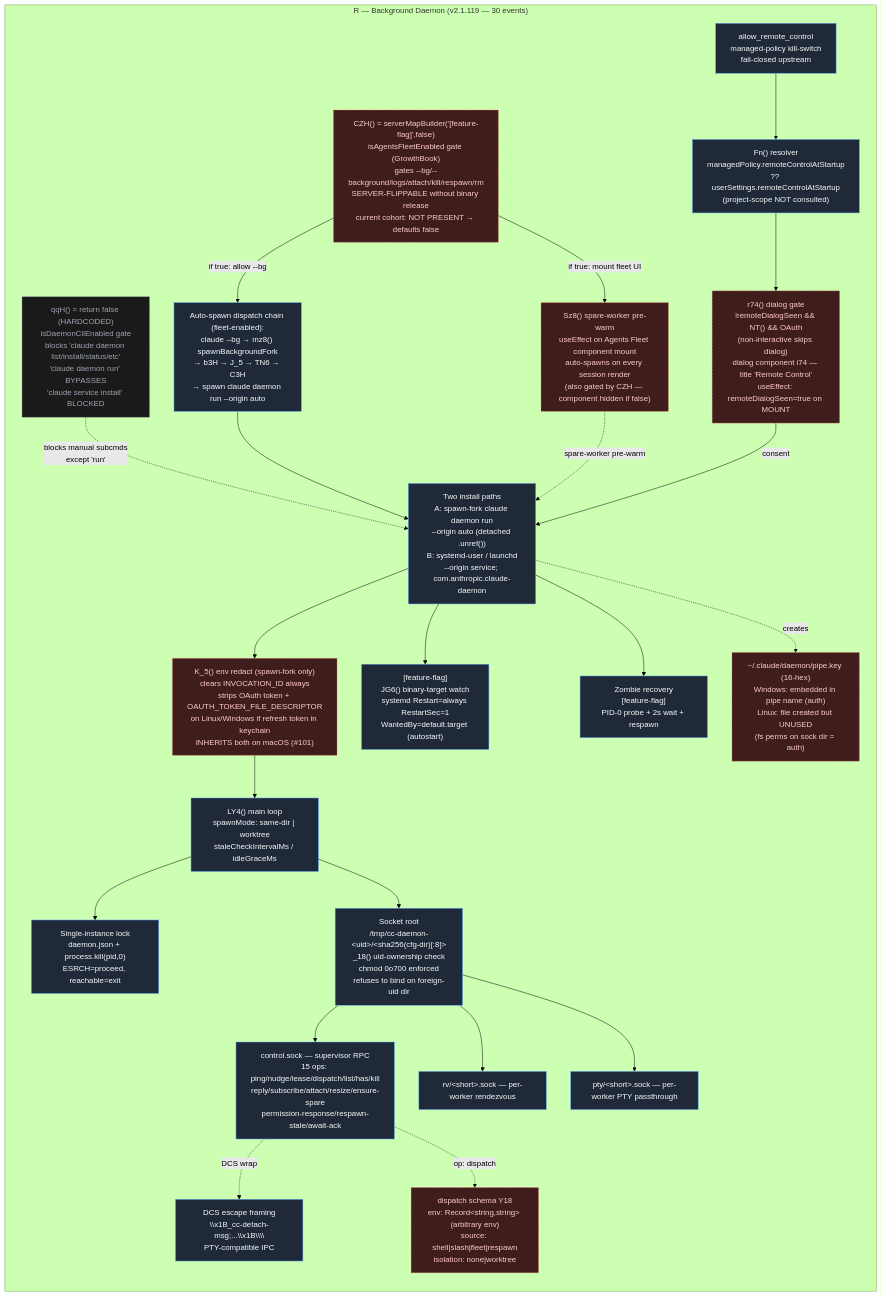
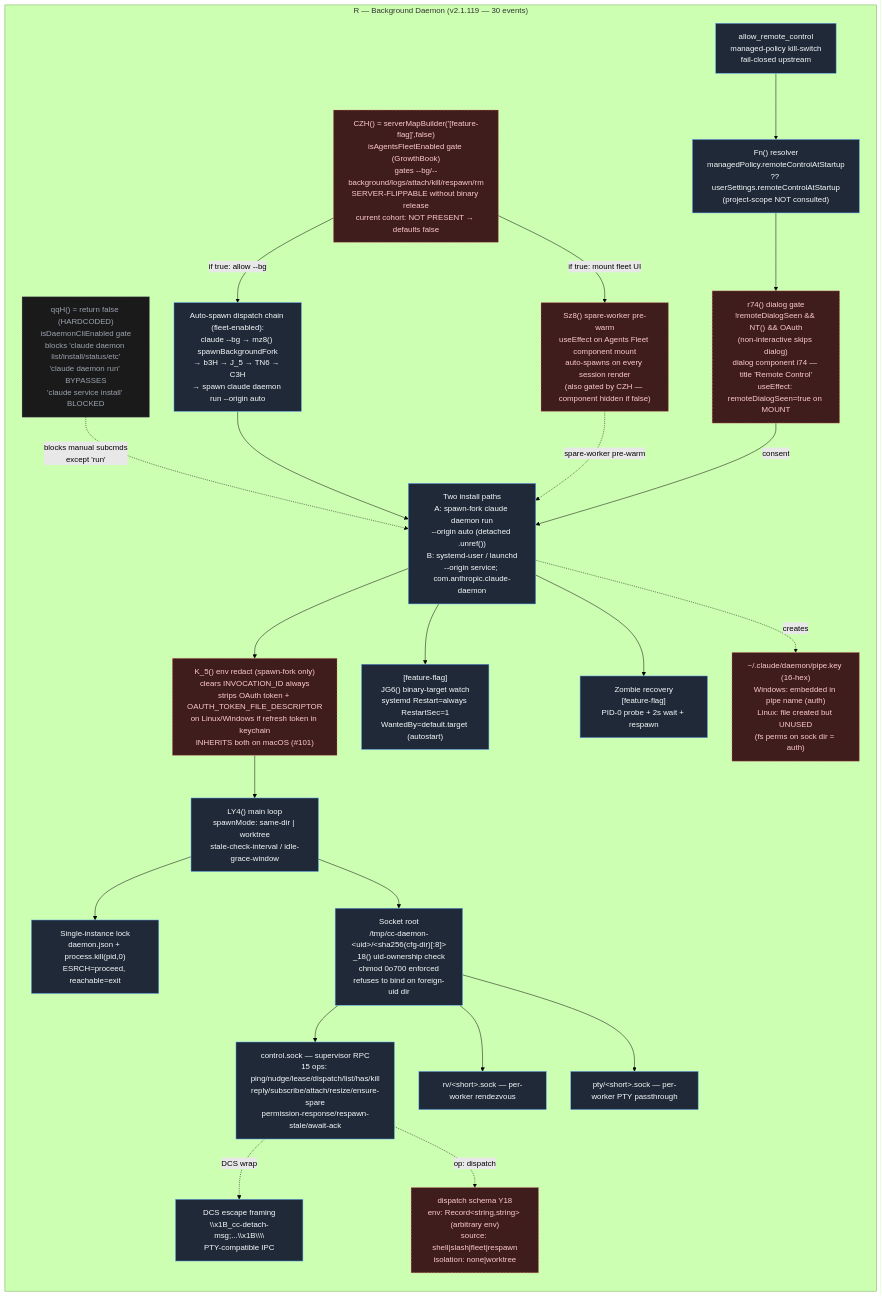
One commit to pjt222/claude-buddy-investigation changed the diagram in docs/flow/DAEMON.mmd. Above: the diagram before and after it, drawn with Mermaid (forest theme). The commit also changed 15 other files, not shown here.

```diff
--- a/docs/flow/DAEMON.mmd
+++ b/docs/flow/DAEMON.mmd
@@ -1,53 +1,53 @@
 flowchart LR
     %% DAEMON — R — Background Daemon (v2.1.119 — 30 events)
     subgraph DAEMON["R — Background Daemon (v2.1.119 — 30 events)"]
         direction TB
         daemon_qqh["qqH() = return false (HARDCODED)<br/>isDaemonCliEnabled gate<br/>blocks 'claude daemon list/install/status/etc'<br/>'claude daemon run' BYPASSES<br/>'claude service install' BLOCKED"]:::removed
         daemon_czh["CZH() = serverMapBuilder('[feature-flag]',false)<br/>isAgentsFleetEnabled gate (GrowthBook)<br/>gates --bg/--background/logs/attach/kill/respawn/rm<br/>SERVER-FLIPPABLE without binary release<br/>current cohort: NOT PRESENT → defaults false"]:::gap
         daemon_dispatch_chain["Auto-spawn dispatch chain (fleet-enabled):<br/>claude --bg → mz8() spawnBackgroundFork<br/>→ b3H → J_5 → TN6 → C3H<br/>→ spawn claude daemon run --origin auto"]:::core
         daemon_sparewarm["Sz8() spare-worker pre-warm<br/>useEffect on Agents Fleet component mount<br/>auto-spawns on every session render<br/>(also gated by CZH — component hidden if false)"]:::gap
         daemon_gate["allow_remote_control<br/>managed-policy kill-switch<br/>fail-closed upstream"]:::core
         daemon_fn["Fn() resolver<br/>managedPolicy.remoteControlAtStartup<br/>?? userSettings.remoteControlAtStartup<br/>(project-scope NOT consulted)"]:::core
         daemon_dialog["r74() dialog gate<br/>!remoteDialogSeen && NT() && OAuth<br/>(non-interactive skips dialog)<br/>dialog component i74 — title 'Remote Control'<br/>useEffect: remoteDialogSeen=true on MOUNT"]:::gap
         daemon_launch["Two install paths<br/>A: spawn-fork claude daemon run<br/>--origin auto (detached .unref())<br/>B: systemd-user / launchd<br/>--origin service; com.anthropic.claude-daemon"]:::core
         daemon_env["K_5() env redact (spawn-fork only)<br/>clears INVOCATION_ID always<br/>strips OAuth token + OAUTH_TOKEN_FILE_DESCRIPTOR<br/>on Linux/Windows if refresh token in keychain<br/>INHERITS both on macOS (#101)"]:::gap
-        daemon_loop["LY4() main loop<br/>spawnMode: same-dir | worktree<br/>staleCheckIntervalMs / idleGraceMs"]:::core
+        daemon_loop["LY4() main loop<br/>spawnMode: same-dir | worktree<br/>stale-check-interval / idle-grace-window"]:::core
         daemon_lock["Single-instance lock<br/>daemon.json + process.kill(pid,0)<br/>ESRCH=proceed, reachable=exit"]:::core
         daemon_persist["[feature-flag]<br/>JG6() binary-target watch<br/>systemd Restart=always RestartSec=1<br/>WantedBy=default.target (autostart)"]:::core
         daemon_zombie["Zombie recovery<br/>[feature-flag]<br/>PID-0 probe + 2s wait + respawn"]:::core
         daemon_sock_dir["Socket root<br/>/tmp/cc-daemon-&lt;uid&gt;/&lt;sha256(cfg-dir)[:8]&gt;<br/>_18() uid-ownership check<br/>chmod 0o700 enforced<br/>refuses to bind on foreign-uid dir"]:::core
         daemon_sock_ctl["control.sock — supervisor RPC<br/>15 ops: ping/nudge/lease/dispatch/list/has/kill<br/>reply/subscribe/attach/resize/ensure-spare<br/>permission-response/respawn-stale/await-ack"]:::core
         daemon_sock_rv["rv/&lt;short&gt;.sock — per-worker rendezvous"]:::core
         daemon_sock_pty["pty/&lt;short&gt;.sock — per-worker PTY passthrough"]:::core
         daemon_pipekey["~/.claude/daemon/pipe.key (16-hex)<br/>Windows: embedded in pipe name (auth)<br/>Linux: file created but UNUSED<br/>(fs perms on sock dir = auth)"]:::gap
         daemon_dispatch_schema["dispatch schema Y18<br/>env: Record&lt;string,string&gt; (arbitrary env)<br/>source: shell|slash|fleet|respawn<br/>isolation: none|worktree"]:::gap
         daemon_frame["DCS escape framing<br/>\\x1B_cc-detach-msg;...\\x1B\\\\<br/>PTY-compatible IPC"]:::core
     end
 
     daemon_qqh -. "blocks manual subcmds<br/>except 'run'" .-> daemon_launch
     daemon_czh -- "if true: allow --bg" --> daemon_dispatch_chain
     daemon_dispatch_chain --> daemon_launch
     daemon_czh -- "if true: mount fleet UI" --> daemon_sparewarm
     daemon_sparewarm -. "spare-worker pre-warm" .-> daemon_launch
     daemon_gate --> daemon_fn
     daemon_fn --> daemon_dialog
     daemon_dialog -- "consent" --> daemon_launch
     daemon_launch --> daemon_env
     daemon_env --> daemon_loop
     daemon_loop --> daemon_lock
     daemon_launch --> daemon_persist
     daemon_launch --> daemon_zombie
     daemon_loop --> daemon_sock_dir
     daemon_sock_dir --> daemon_sock_ctl
     daemon_sock_dir --> daemon_sock_rv
     daemon_sock_dir --> daemon_sock_pty
     daemon_launch -. "creates" .-> daemon_pipekey
     daemon_sock_ctl -. "DCS wrap" .-> daemon_frame
     daemon_sock_ctl -. "op: dispatch" .-> daemon_dispatch_schema
 
     classDef core fill:#1f2937,stroke:#60a5fa,color:#f8fafc,stroke-width:1px
     classDef gap fill:#3f1d1d,stroke:#f87171,color:#fecaca,stroke-dasharray: 4 3,stroke-width:1px
     classDef removed fill:#1a1a1a,stroke:#6b7280,color:#9ca3af,stroke-dasharray: 2,stroke-width:1px
     classDef ours fill:#1e293b,stroke:#a78bfa,color:#e9d5ff,stroke-width:1px
     classDef baseline fill:#1f2937,stroke:#34d399,color:#d1fae5,stroke-width:1px
     classDef risk fill:#3f1d1d,stroke:#fb7185,color:#fecdd3,stroke-width:2px
```
